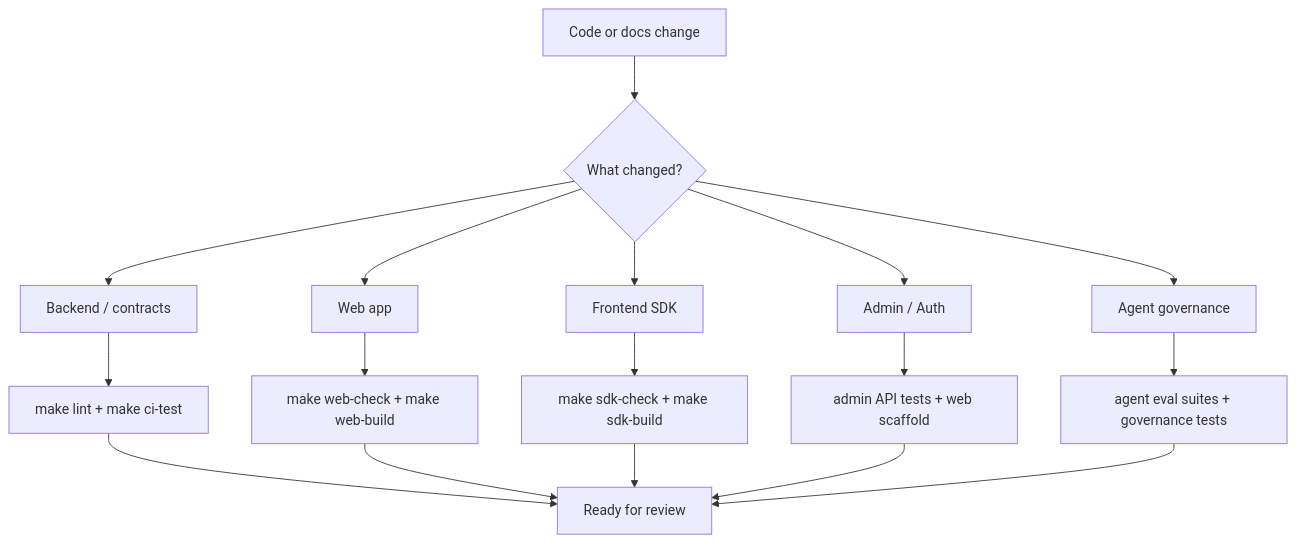
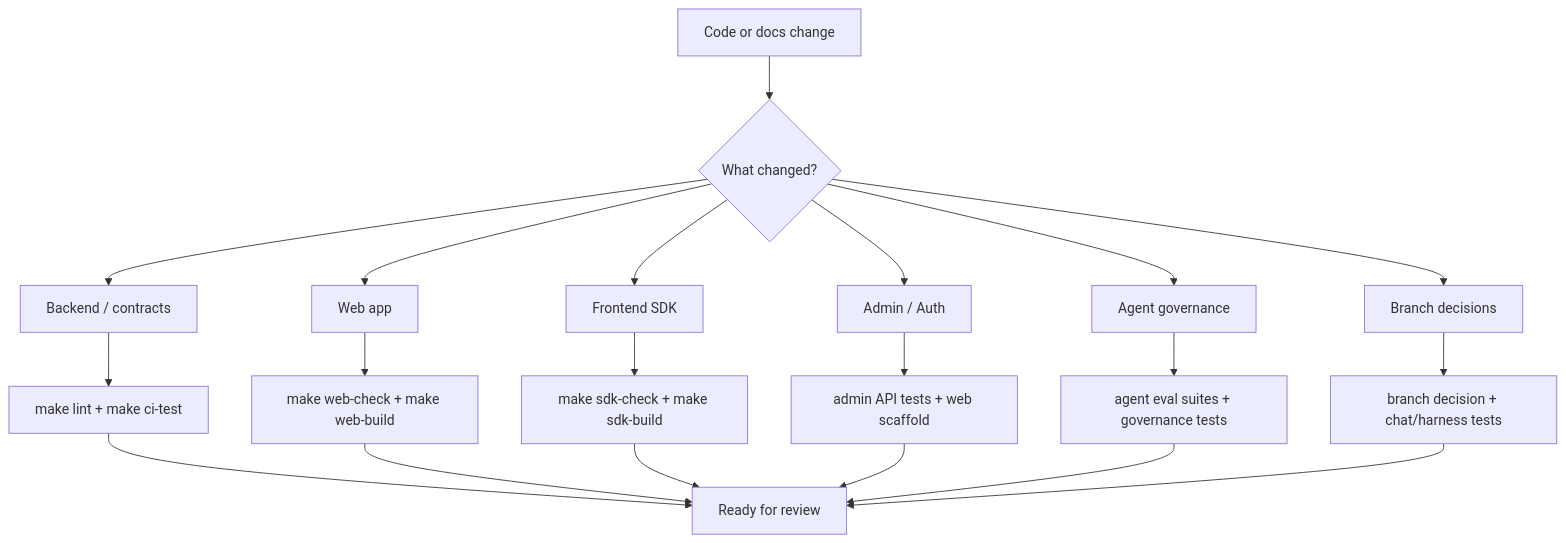
The diagram in docs/development.md (William-zgx/focus-agent), drawn with Mermaid before and after one commit. The commit also changed other lines of this file and 484 other files, not shown here.

Commit message:
feat: add workbench branch decision baseline

````diff
--- a/docs/development.md
+++ b/docs/development.md
@@ -5,19 +5,22 @@
 ```mermaid
 flowchart TD
     Change["Code or docs change"] --> Scope{"What changed?"}
     Scope --> Backend["Backend / contracts"]
     Scope --> Web["Web app"]
     Scope --> SDK["Frontend SDK"]
     Scope --> Admin["Admin / Auth"]
     Scope --> Agent["Agent governance"]
+    Scope --> Branch["Branch decisions"]
     Backend --> CI["make lint + make ci-test"]
     Web --> WebChecks["make web-check + make web-build"]
     SDK --> SDKChecks["make sdk-check + make sdk-build"]
     Admin --> AdminChecks["admin API tests + web scaffold"]
     Agent --> Eval["agent eval suites + governance tests"]
+    Branch --> BranchChecks["branch decision + chat/harness tests"]
     CI --> Done["Ready for review"]
     WebChecks --> Done
     SDKChecks --> Done
     AdminChecks --> Done
     Eval --> Done
+    BranchChecks --> Done
 ```
````
